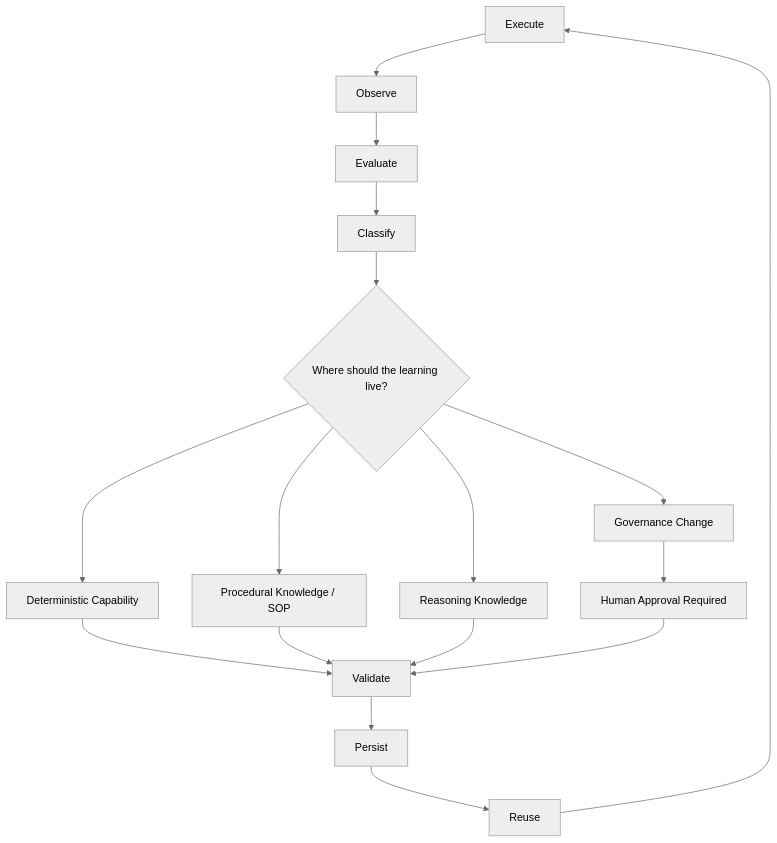
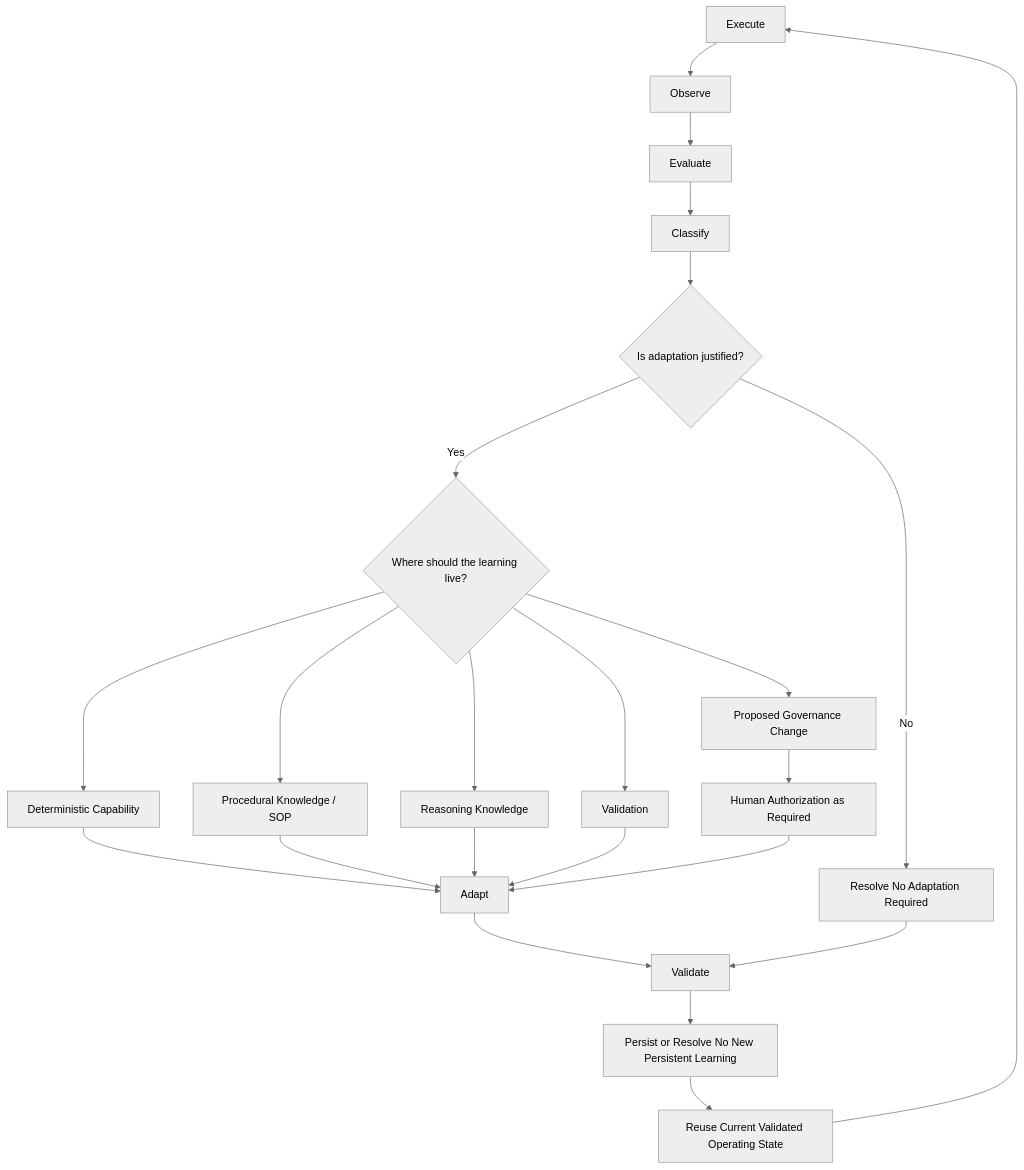
One commit to infoconex/ai-flywheel changed the diagram in docs/architecture/learning-view.md. Above: the diagram before and after it, drawn with Mermaid (neutral theme). The commit also changed other lines of this file and 23 other files, not shown here.

````diff
--- a/docs/architecture/learning-view.md
+++ b/docs/architecture/learning-view.md
@@ -7,22 +7,29 @@
 ```mermaid
 flowchart TD
     X[Execute] --> O[Observe]
     O --> E[Evaluate]
     E --> C[Classify]
-    C --> Q{Where should the learning live?}
+    C --> A{Is adaptation justified?}
+
+    A -->|Yes| Q{Where should the learning live?}
+    A -->|No| N[Resolve No Adaptation Required]
 
     Q --> D[Deterministic Capability]
     Q --> S[Procedural Knowledge / SOP]
     Q --> R[Reasoning Knowledge]
-    Q --> G[Governance Change]
+    Q --> V1[Validation]
+    Q --> G[Proposed Governance Change]
 
-    D --> V[Validate]
-    S --> V
-    R --> V
-    G --> H[Human Approval Required]
-    H --> V
+    D --> AD[Adapt]
+    S --> AD
+    R --> AD
+    V1 --> AD
+    G --> H[Human Authorization as Required]
+    H --> AD
 
-    V --> P[Persist]
-    P --> U[Reuse]
+    AD --> V[Validate]
+    N --> V
+    V --> P[Persist or Resolve No New Persistent Learning]
+    P --> U[Reuse Current Validated Operating State]
     U --> X
 ```
````
